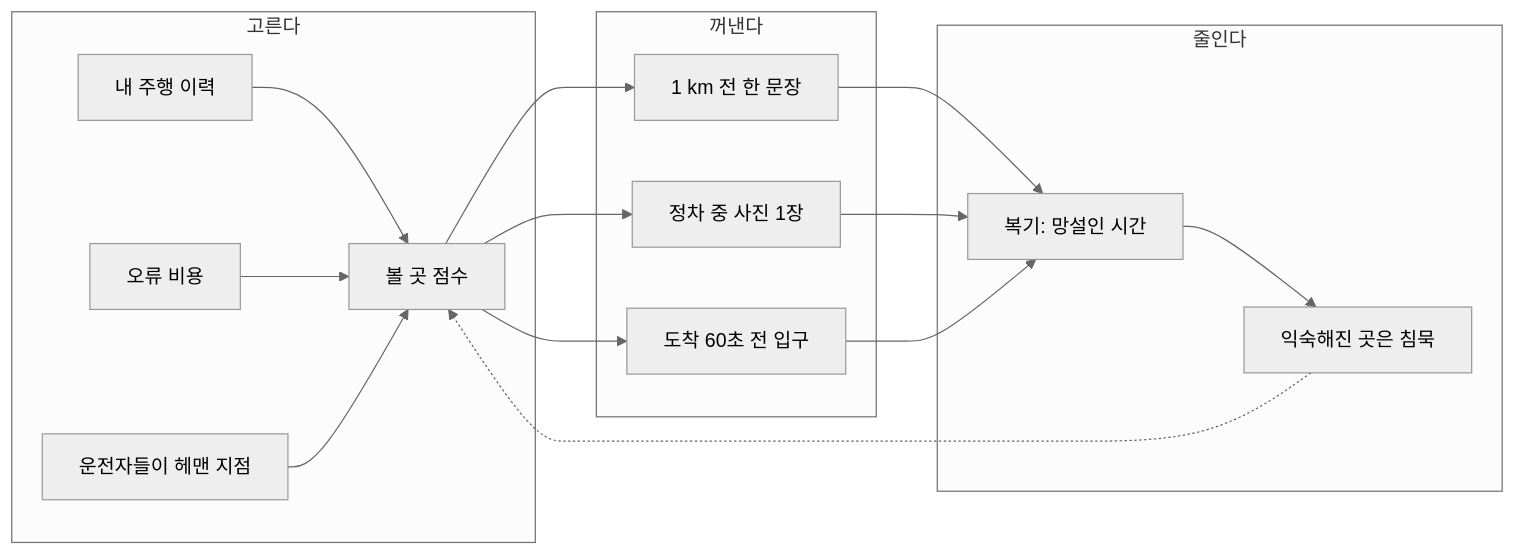
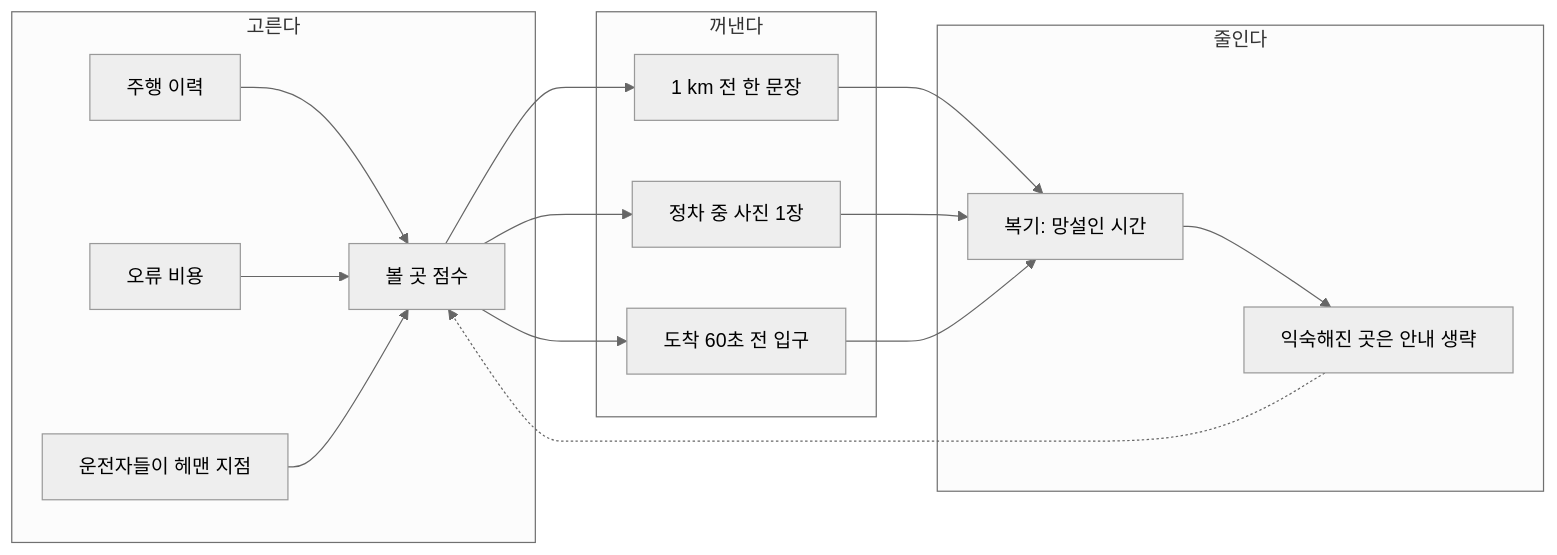
Before and after one commit to JoisFe/deja-vroom: the diagram in docs/concept.md, drawn with Mermaid (neutral theme). The commit also changed other lines of this file and 8 other files, not shown here.

````diff
--- a/docs/concept.md
+++ b/docs/concept.md
@@ -17,18 +17,18 @@
 ```mermaid
 flowchart LR
     subgraph 고른다
-        A1[내 주행 이력] --> S[볼 곳 점수]
+        A1[주행 이력] --> S[볼 곳 점수]
         A2[오류 비용] --> S
         A3[운전자들이 헤맨 지점] --> S
     end
     subgraph 꺼낸다
         S --> B1[1 km 전 한 문장]
         S --> B2[정차 중 사진 1장]
         S --> B3[도착 60초 전 입구]
     end
     subgraph 줄인다
         B1 & B2 & B3 --> C1["복기: 망설인 시간"]
-        C1 --> C2[익숙해진 곳은 침묵]
+        C1 --> C2[익숙해진 곳은 안내 생략]
         C2 -.-> S
     end
 ```
````
